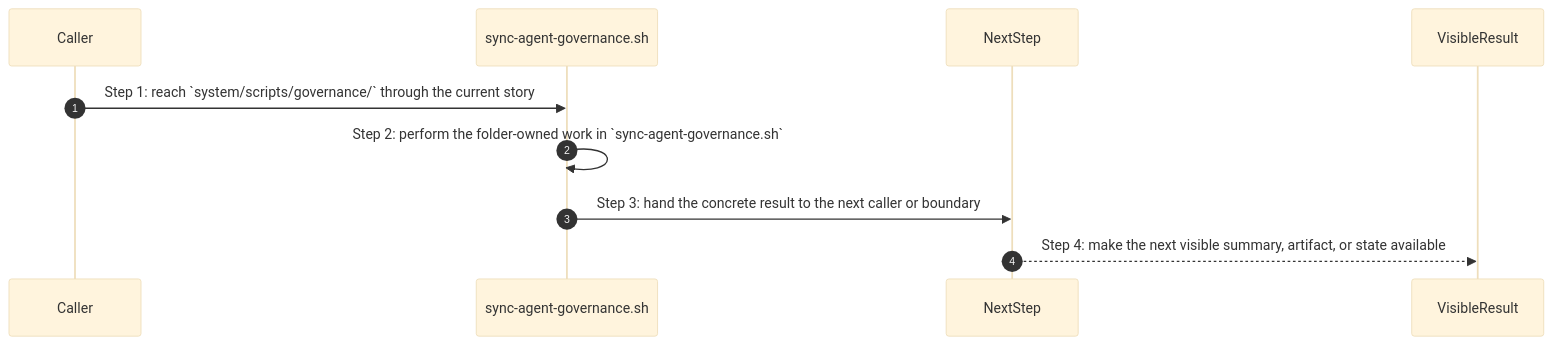
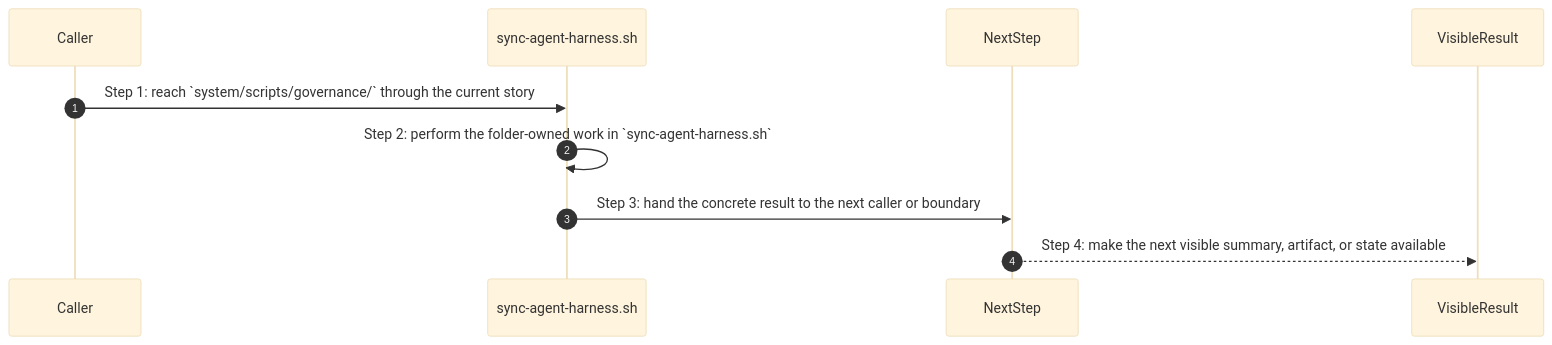
Before and after one commit to shomsy/agent-governance: the second of 3 diagrams in projects/polymoly/system/scripts/governance/how-this-works.md, drawn with Mermaid (base theme). The commit also changed other lines of this file and 54 other files, not shown here.

Commit message:
Rebrand to Agent Harness, integrate Universal Memory, ProdOps, and Skills system

````diff
--- a/projects/polymoly/system/scripts/governance/how-this-works.md
+++ b/projects/polymoly/system/scripts/governance/how-this-works.md
@@ -51,13 +51,13 @@
 ```mermaid
 sequenceDiagram
     autonumber
     participant Entry as Caller
-    participant Owned as sync-agent-governance.sh
+    participant Owned as sync-agent-harness.sh
     participant Next as NextStep
     participant Result as VisibleResult
 
     Entry->>Owned: Step 1: reach `system/scripts/governance/` through the current story
-    Owned->>Owned: Step 2: perform the folder-owned work in `sync-agent-governance.sh`
+    Owned->>Owned: Step 2: perform the folder-owned work in `sync-agent-harness.sh`
     Owned->>Next: Step 3: hand the concrete result to the next caller or boundary
     Next-->>Result: Step 4: make the next visible summary, artifact, or state available
 ```
````
